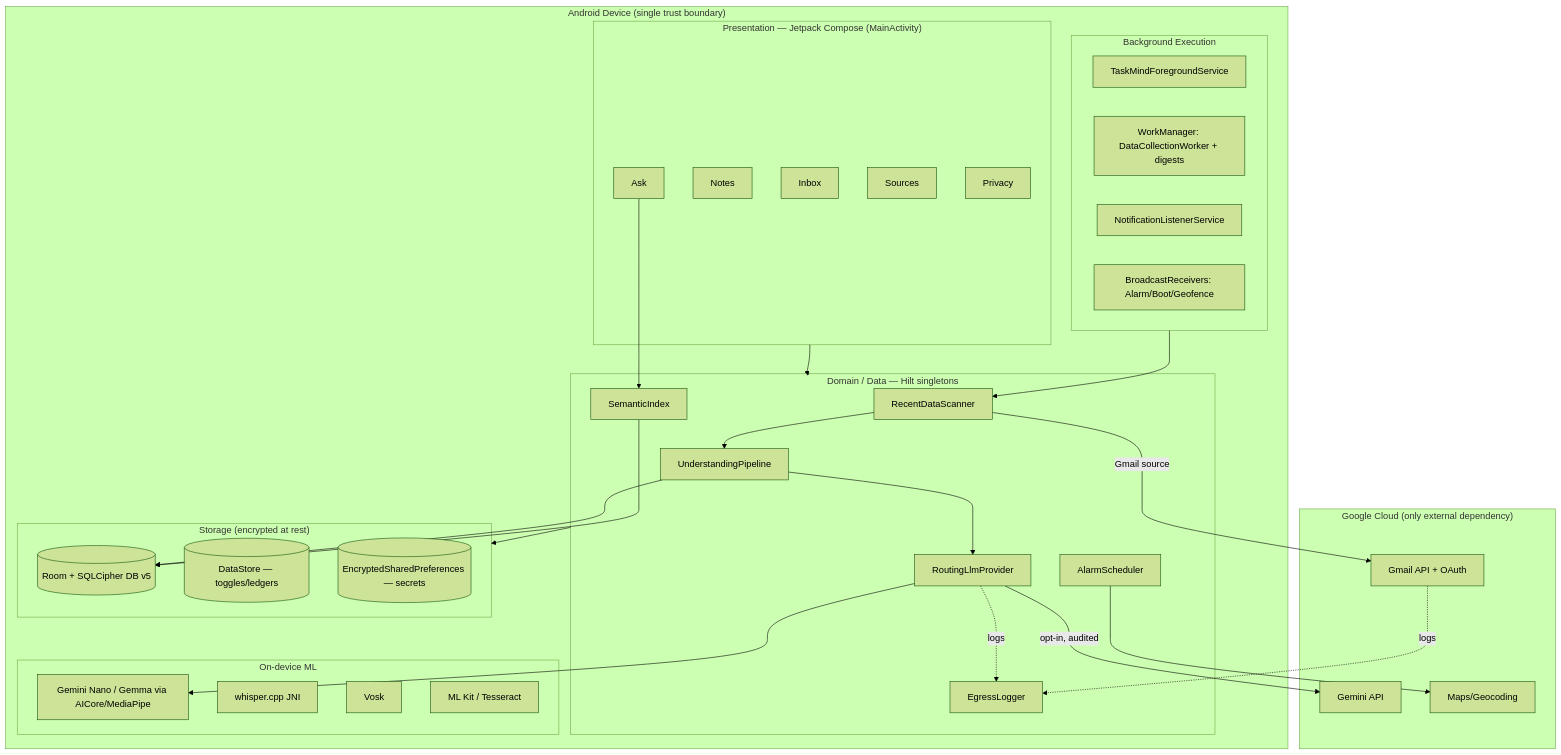
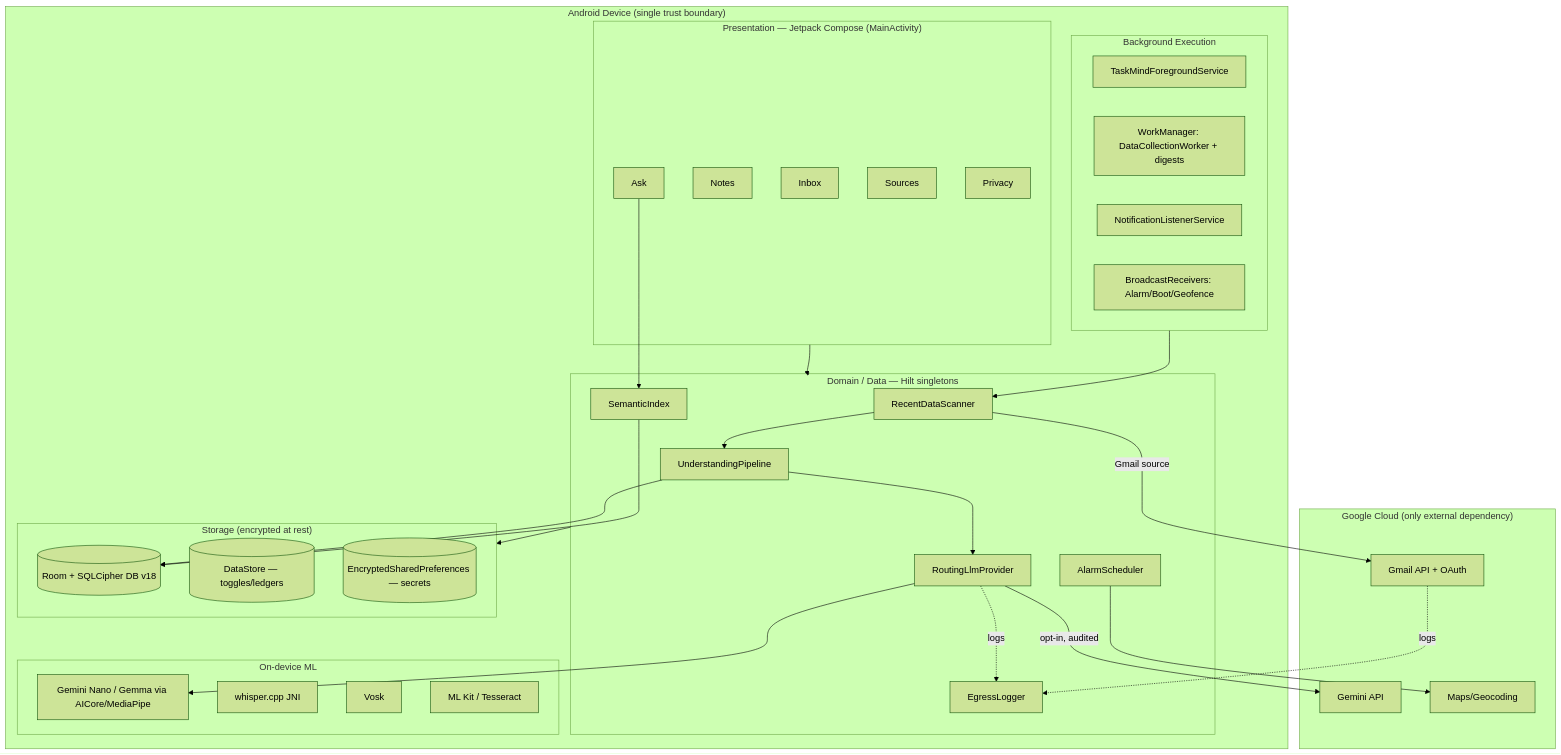
One commit to SMK1705/Android_apps changed the eighth of 17 diagrams in apps/taskmind/docs/TECHNICAL_DOCUMENTATION.md. Above: the diagram before and after it, drawn with Mermaid (forest theme). The commit also changed other lines of this file and 2 other files, not shown here.

````diff
--- a/apps/taskmind/docs/TECHNICAL_DOCUMENTATION.md
+++ b/apps/taskmind/docs/TECHNICAL_DOCUMENTATION.md
@@ -2249,46 +2249,46 @@
 ```mermaid
 graph TB
     subgraph Device["Android Device (single trust boundary)"]
         subgraph UI["Presentation — Jetpack Compose (MainActivity)"]
             Inbox[Inbox]; Notes[Notes]; Ask[Ask]; Sources[Sources]; Privacy[Privacy]
         end
         subgraph Domain["Domain / Data — Hilt singletons"]
             Scanner[RecentDataScanner]
             Pipeline[UnderstandingPipeline]
             Router[RoutingLlmProvider]
             SemIndex[SemanticIndex]
             Alarms[AlarmScheduler]
             Egress[EgressLogger]
         end
         subgraph BG["Background Execution"]
             FGS[TaskMindForegroundService]
             WM[WorkManager: DataCollectionWorker + digests]
             NLS[NotificationListenerService]
             Recv[BroadcastReceivers: Alarm/Boot/Geofence]
         end
         subgraph Store["Storage (encrypted at rest)"]
-            Room[(Room + SQLCipher DB v5)]
+            Room[(Room + SQLCipher DB v18)]
             DS[(DataStore — toggles/ledgers)]
             ESP[(EncryptedSharedPreferences — secrets)]
         end
         subgraph OnDevice["On-device ML"]
             Nano[Gemini Nano / Gemma via AICore/MediaPipe]
             Whisper[whisper.cpp JNI]; Vosk[Vosk]; OCR[ML Kit / Tesseract]
         end
     end
     subgraph Google["Google Cloud (only external dependency)"]
         Gem[Gemini API]; GmailAPI[Gmail API + OAuth]; Maps[Maps/Geocoding]
     end
     UI --> Domain
     BG --> Scanner
     Scanner --> Pipeline --> Router
     Router --> Nano
     Router -->|opt-in, audited| Gem
     Pipeline --> Room
     Domain --> Store
     Ask --> SemIndex --> Room
     Scanner -->|Gmail source| GmailAPI
     Alarms --> Maps
     Router -. logs .-> Egress
     GmailAPI -. logs .-> Egress
 ```
````
